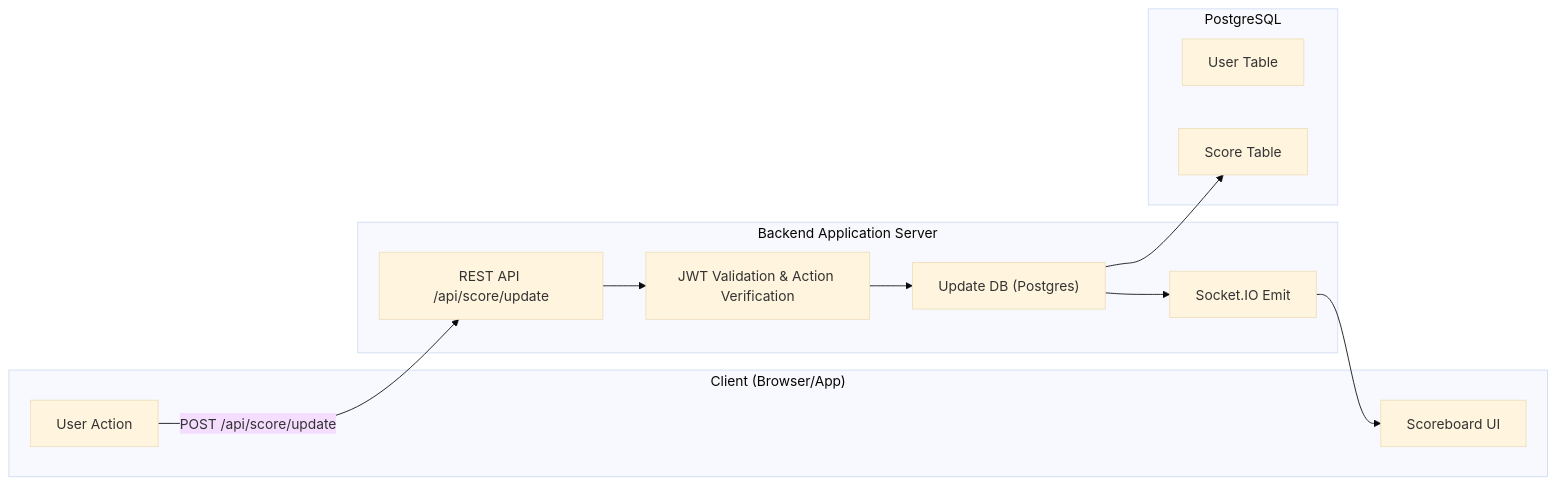
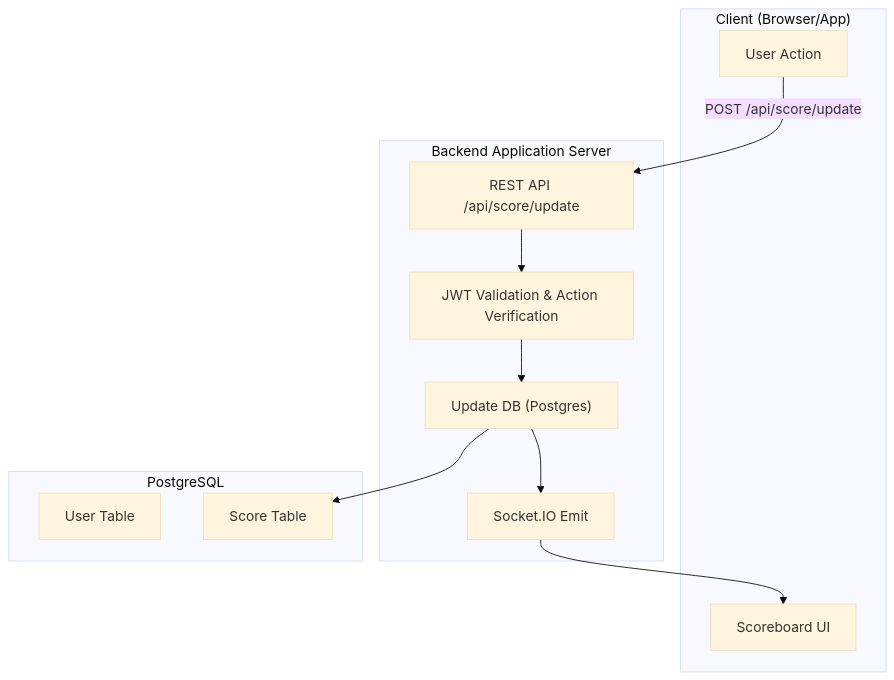
One commit to lvhoanthanh/react-login changed the diagram in backend/readme.md. Above: the diagram before and after it, drawn with Mermaid (base theme).

````diff
--- a/backend/readme.md
+++ b/backend/readme.md
@@ -185,29 +185,29 @@
 ```mermaid
-flowchart LR
+flowchart TB
 
     %% Client (Cột 1 - Bên trái)
     subgraph Client["Client (Browser/App)"]
         A1["User Action"]
         A2["Scoreboard UI"]
     end
 
     %% Backend (Cột 2 - Giữa)
     subgraph Backend["Backend Application Server"]
         B1["REST API /api/score/update"]
         B2["JWT Validation & Action Verification"]
         B3["Update DB (Postgres)"]
         B4["Socket.IO Emit"]
     end
 
     %% Database (Cột 3 - Bên phải)
     subgraph DB["PostgreSQL"]
         D1["User Table"]
         D2["Score Table"]
     end
 
     %% Flow
     A1 -->|POST /api/score/update| B1
     B1 --> B2 --> B3 --> D2
     B3 --> B4 --> A2
 
 ```
````
